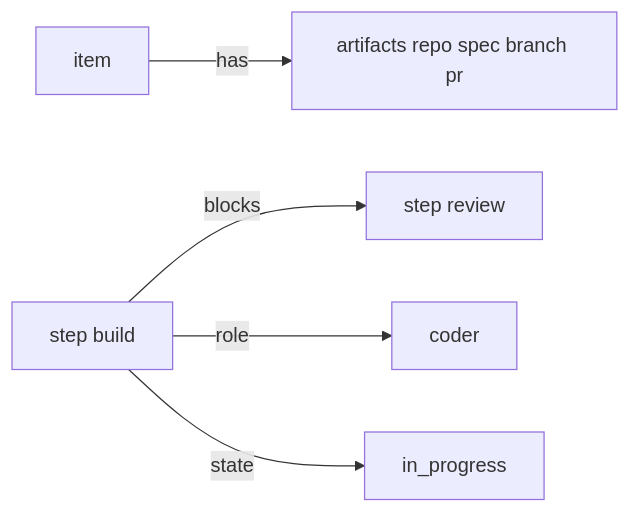
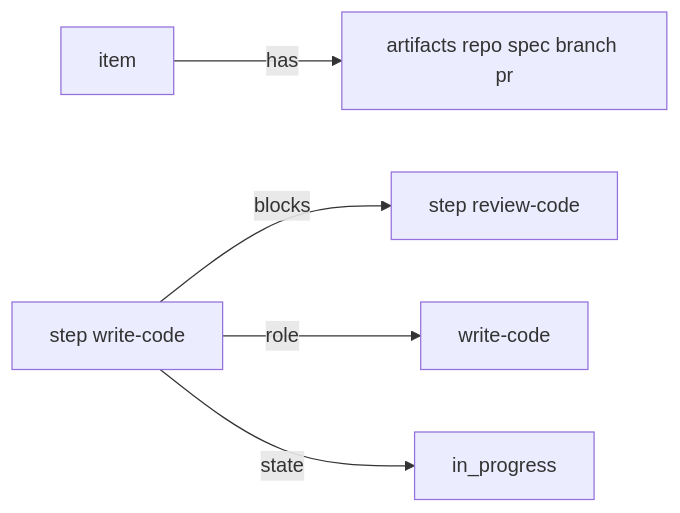
Before and after one commit to kenmclennan/lightcycle: the second of 2 diagrams in docs/data-model.md, drawn with Mermaid. The commit also changed other lines of this file and 14 other files, not shown here.

````diff
--- a/docs/data-model.md
+++ b/docs/data-model.md
@@ -63,7 +63,7 @@
 ```mermaid
 graph LR
   item[item] -->|has| art[artifacts repo spec branch pr]
-  step1[step build] -->|blocks| step2[step review]
-  step1 -->|role| r[coder]
+  step1[step write-code] -->|blocks| step2[step review-code]
+  step1 -->|role| r[write-code]
   step1 -->|state| s[in_progress]
 ```
````
